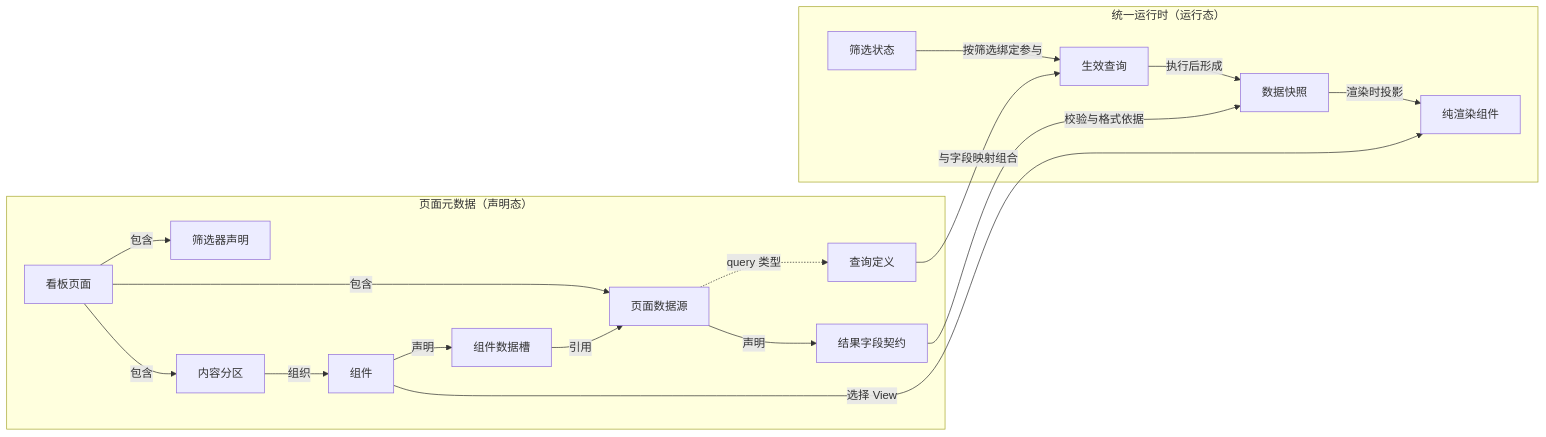
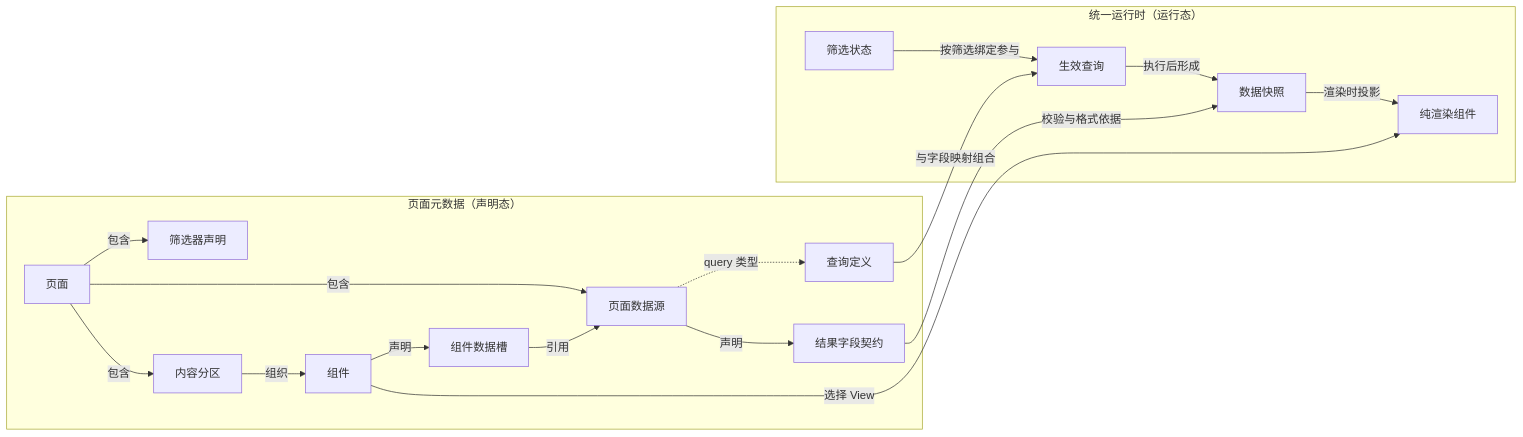
One commit to CCharlesMeng/MetricCanvas changed the first of 4 diagrams in docs/frontend-runtime-capabilities.md. Above: the diagram before and after it, drawn with Mermaid. The commit also changed other lines of this file and 6 other files, not shown here.

````diff
--- a/docs/frontend-runtime-capabilities.md
+++ b/docs/frontend-runtime-capabilities.md
@@ -39,33 +39,33 @@
 ```mermaid
 flowchart LR
   subgraph declaration["页面元数据（声明态）"]
-    page["看板页面"]
+    page["页面"]
     source["页面数据源"]
     contract["结果字段契约"]
     filter["筛选器声明"]
     section["内容分区"]
     component["组件"]
     slot["组件数据槽"]
     query["查询定义"]
     page -->|"包含"| source
     page -->|"包含"| filter
     page -->|"包含"| section
     section -->|"组织"| component
     source -->|"声明"| contract
     source -. "query 类型" .-> query
     component -->|"声明"| slot
     slot -->|"引用"| source
   end
   subgraph execution["统一运行时（运行态）"]
     state["筛选状态"]
     effective["生效查询"]
     snapshot["数据快照"]
     view["纯渲染组件"]
     state -->|"按筛选绑定参与"| effective
     effective -->|"执行后形成"| snapshot
     snapshot -->|"渲染时投影"| view
   end
   query -->|"与字段映射组合"| effective
   contract -->|"校验与格式依据"| snapshot
   component -->|"选择 View"| view
 ```
````
